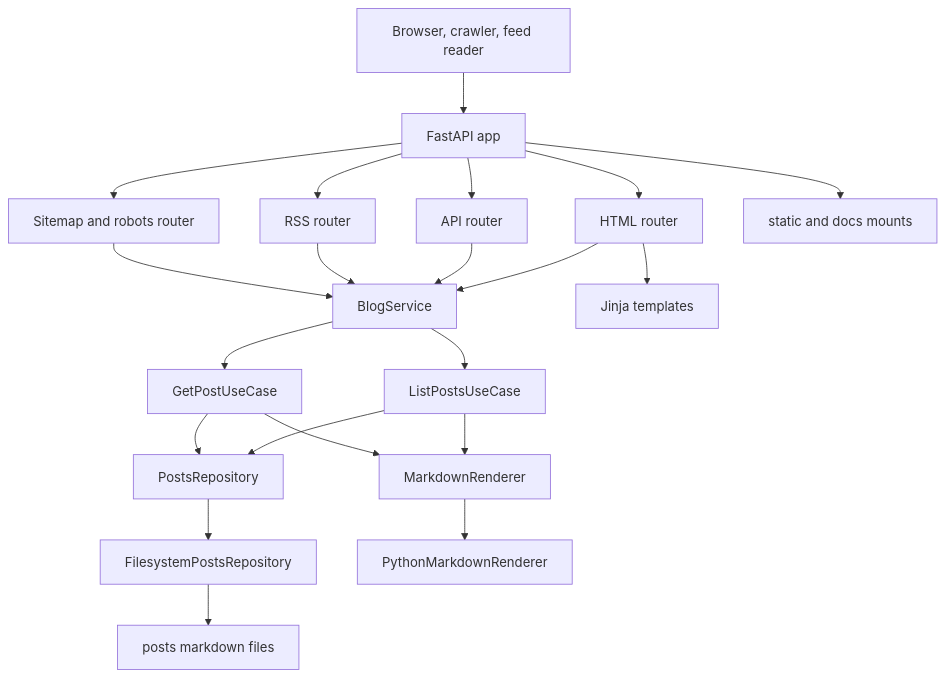
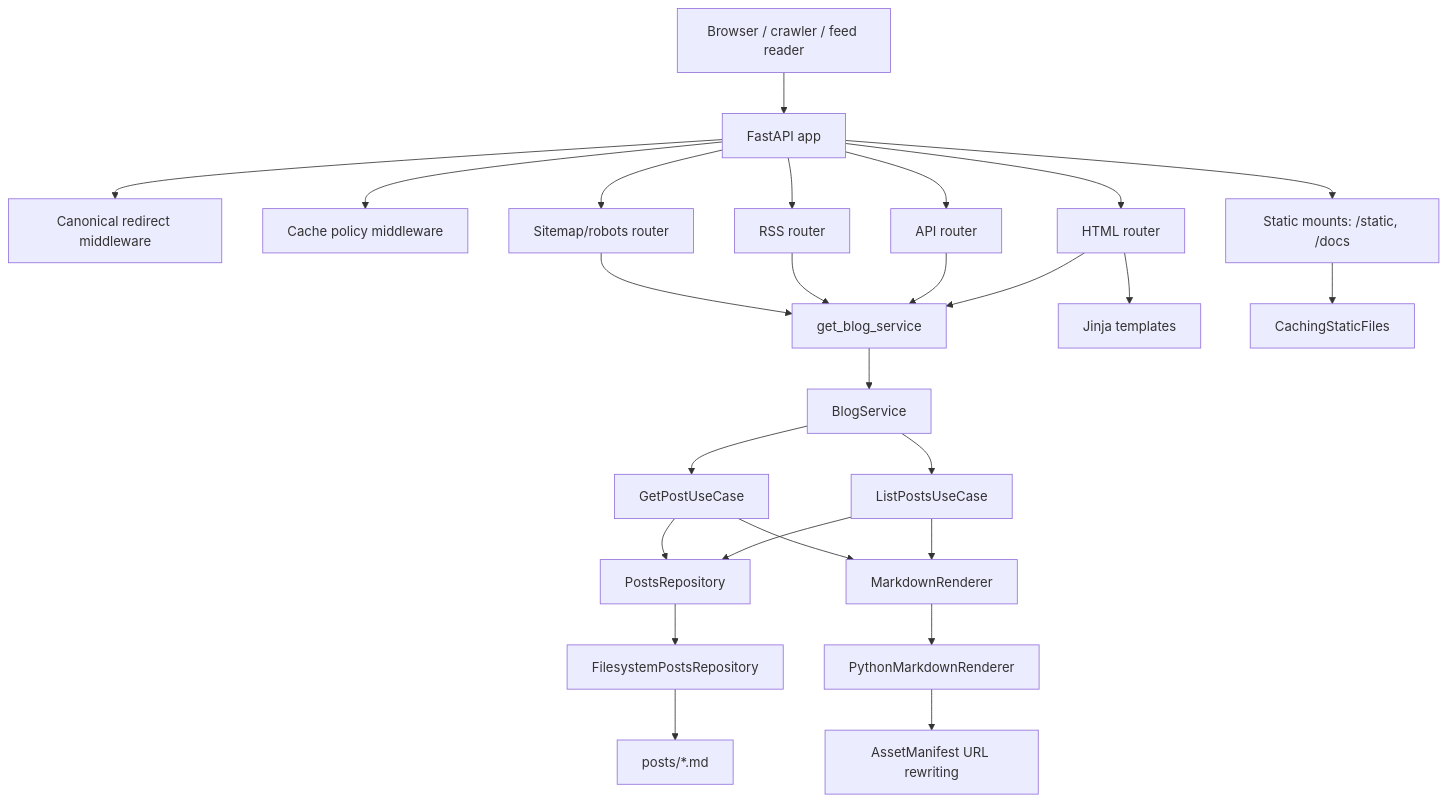
Before and after one commit to oernster/crankthecode: the diagram in ARCHITECTURE.md, drawn with Mermaid. The commit also changed other lines of this file, not shown here.

Commit message:
Update ARCHITECTURE.md to reflect current codebase/book builder/SEO static.

````diff
--- a/ARCHITECTURE.md
+++ b/ARCHITECTURE.md
@@ -26,29 +40,35 @@
 ```mermaid
 flowchart TD
-  U[Browser, crawler, feed reader] --> APP[FastAPI app]
+  U[Browser / crawler / feed reader] --> APP[FastAPI app]
+
+  APP --> M1[Canonical redirect middleware]
+  APP --> M2[Cache policy middleware]
 
   APP --> HTML[HTML router]
   APP --> API[API router]
   APP --> RSS[RSS router]
-  APP --> SEO[Sitemap and robots router]
+  APP --> SEO[Sitemap/robots router]
 
-  HTML --> SVC[BlogService]
-  API --> SVC
-  RSS --> SVC
-  SEO --> SVC
+  HTML --> DI[get_blog_service]
+  API --> DI
+  RSS --> DI
+  SEO --> DI
 
+  DI --> SVC[BlogService]
   SVC --> LUC[ListPostsUseCase]
   SVC --> GUC[GetPostUseCase]
 
   LUC --> REP[PostsRepository]
   GUC --> REP
   LUC --> MR[MarkdownRenderer]
   GUC --> MR
 
   REP --> FS[FilesystemPostsRepository]
   MR --> REND[PythonMarkdownRenderer]
 
-  FS --> MD[posts markdown files]
+  FS --> MD[posts/*.md]
   HTML --> TPL[Jinja templates]
-  APP --> STA[static and docs mounts]
+  APP --> STA[Static mounts: /static, /docs]
+  STA --> CFS[CachingStaticFiles]
+  REND --> ASM[AssetManifest URL rewriting]
 ```
````
